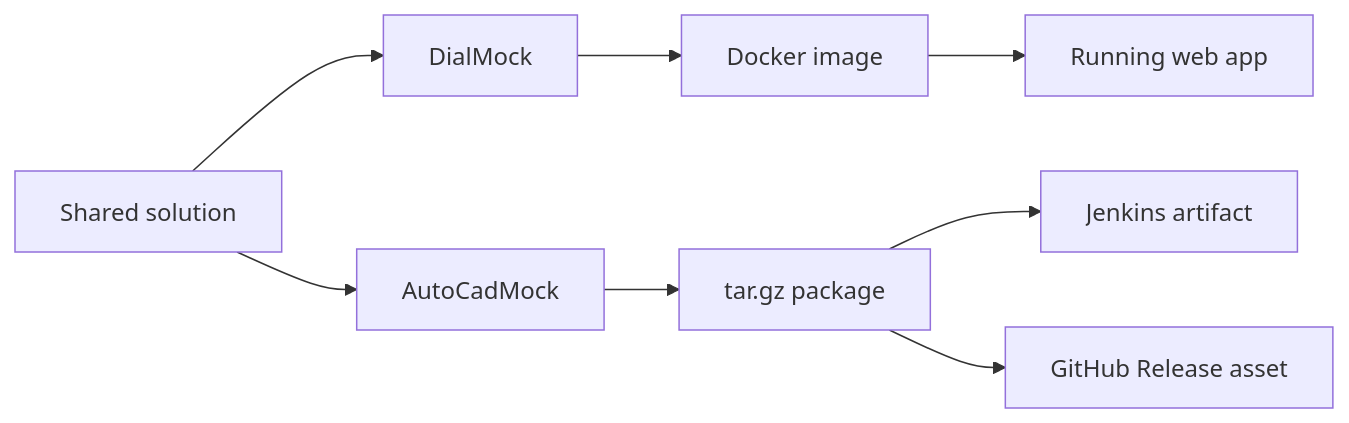
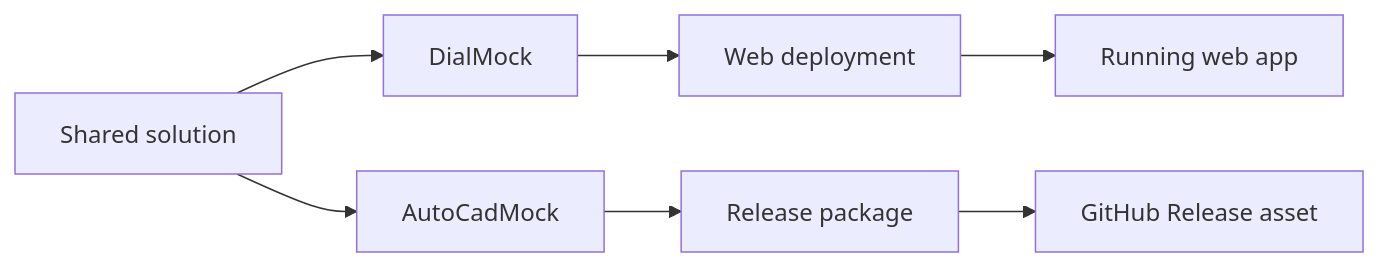
Before and after one commit to nathabee/csharp: the third of 3 diagrams in README.md, drawn with Mermaid. The commit also changed other lines of this file and 1 other file, not shown here.

````diff
--- a/README.md
+++ b/README.md
@@ -228,12 +229,11 @@
 ```mermaid
 flowchart LR
     A[Shared solution] --> B[DialMock]
     A --> C[AutoCadMock]
 
-    B --> D[Docker image]
+    B --> D[Web deployment]
     D --> E[Running web app]
 
-    C --> F[tar.gz package]
-    F --> G[Jenkins artifact]
-    F --> H[GitHub Release asset]
+    C --> F[Release package]
+    F --> G[GitHub Release asset]
 ```
````
